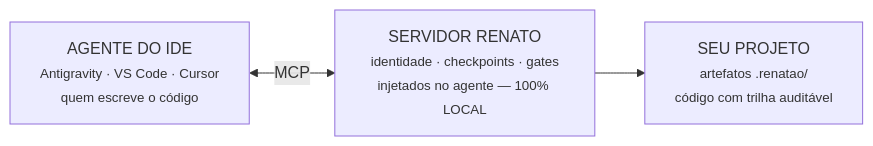
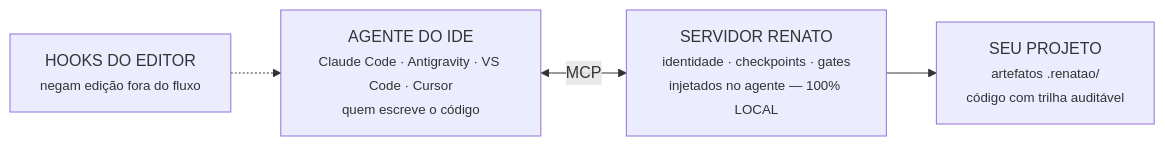
The diagram in docs/ARQUITETURA.md (ErickWilliamDeSousa/renato), drawn with Mermaid before and after one commit. The commit also changed other lines of this file and 10 other files, not shown here.

First line of the commit message:
docs: novidades de outubro de 2026 (licoes MCP stdio, Claude Code, contexto)

````diff
--- a/docs/ARQUITETURA.md
+++ b/docs/ARQUITETURA.md
@@ -8,5 +10,6 @@
 ```mermaid
 flowchart LR
-    A["AGENTE DO IDE<br/><small>Antigravity · VS Code · Cursor<br/>quem escreve o código</small>"] <-->|MCP| B["SERVIDOR RENATO<br/><small>identidade · checkpoints · gates<br/>injetados no agente — 100% LOCAL</small>"]
+    A["AGENTE DO IDE<br/><small>Claude Code · Antigravity · VS Code · Cursor<br/>quem escreve o código</small>"] <-->|MCP| B["SERVIDOR RENATO<br/><small>identidade · checkpoints · gates<br/>injetados no agente — 100% LOCAL</small>"]
+    H["HOOKS DO EDITOR<br/><small>negam edição fora do fluxo</small>"] -.-> A
     B --> C["SEU PROJETO<br/><small>artefatos .renatao/<br/>código com trilha auditável</small>"]
 ```
````
